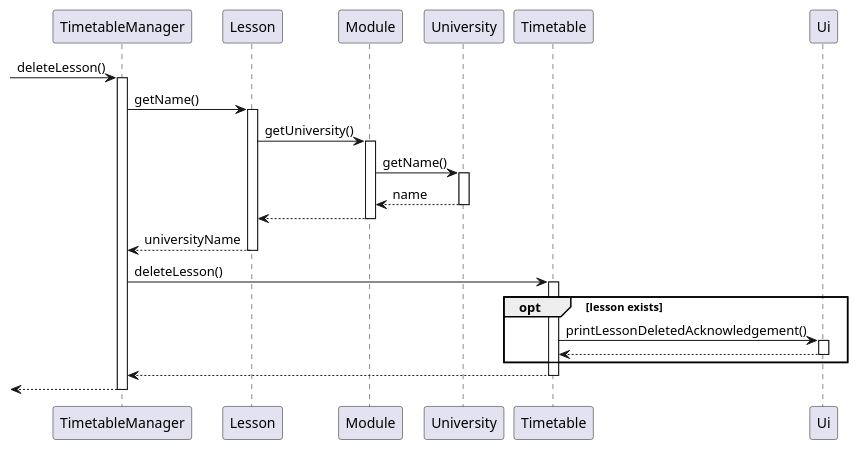
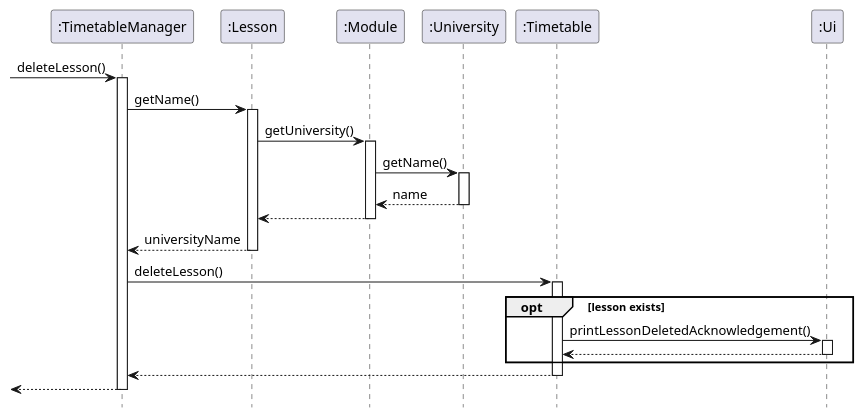
Before and after one commit to nus-cs2113-AY2223S1/tp: the diagram in docs/diagrams/Timetable_deleteLesson_Sequence.puml, drawn with PlantUML. The commit also changed 7 other files, not shown here.

Commit message:
Update sequence diagrams

```diff
--- a/docs/diagrams/Timetable_deleteLesson_Sequence.puml
+++ b/docs/diagrams/Timetable_deleteLesson_Sequence.puml
@@ -1,29 +1,30 @@
 @startuml
+hide footbox
 
--> TimetableManager : deleteLesson()
-activate TimetableManager
-TimetableManager -> Lesson : getName()
-activate Lesson
-Lesson -> Module : getUniversity()
-activate Module
-Module -> University : getName()
-activate University
-Module <-- University : name
-deactivate University
-Lesson <-- Module
-deactivate Module
-TimetableManager <-- Lesson : universityName
-deactivate Lesson
-TimetableManager -> Timetable : deleteLesson()
-activate Timetable
+-> ":TimetableManager" : deleteLesson()
+activate ":TimetableManager"
+":TimetableManager" -> ":Lesson" : getName()
+activate ":Lesson"
+":Lesson" -> ":Module" : getUniversity()
+activate ":Module"
+":Module" -> ":University" : getName()
+activate ":University"
+":Module" <-- ":University" : name
+deactivate ":University"
+":Lesson" <-- ":Module"
+deactivate ":Module"
+":TimetableManager" <-- ":Lesson" : universityName
+deactivate ":Lesson"
+":TimetableManager" -> ":Timetable" : deleteLesson()
+activate ":Timetable"
 opt lesson exists
-    Timetable -> Ui : printLessonDeletedAcknowledgement()
-    activate Ui
-    Timetable <-- Ui
-    deactivate Ui
+    ":Timetable" -> ":Ui" : printLessonDeletedAcknowledgement()
+    activate ":Ui"
+    ":Timetable" <-- ":Ui"
+    deactivate ":Ui"
 end
-TimetableManager <-- Timetable
-deactivate Timetable
-<-- TimetableManager
-deactivate TimetableManager
+":TimetableManager" <-- ":Timetable"
+deactivate ":Timetable"
+<-- ":TimetableManager"
+deactivate ":TimetableManager"
 @enduml
```
